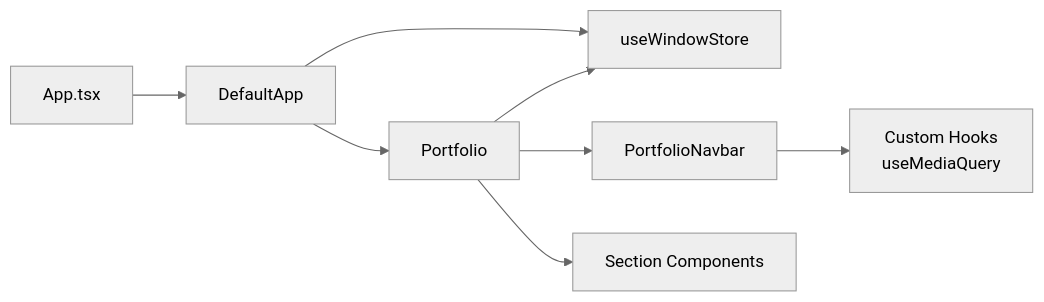
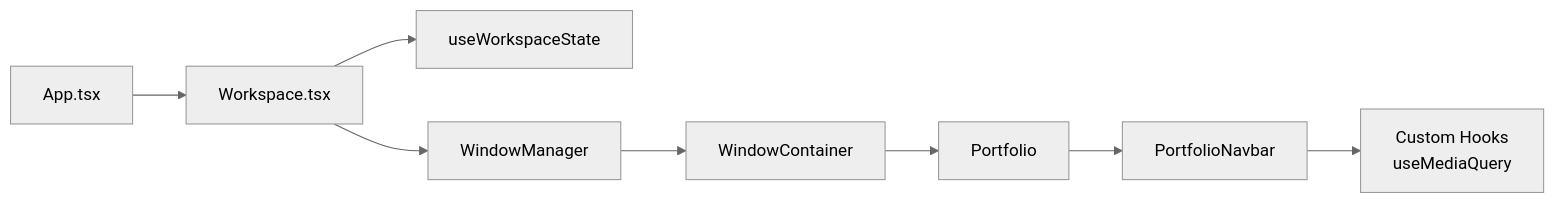
One commit to NatsuDrag9/portfolio-os changed the fourth of 9 diagrams in docs/COMPONENT_RELATIONSHIPS.md. Above: the diagram before and after it, drawn with Mermaid (neutral theme). The commit also changed other lines of this file and 7 other files, not shown here.

Commit message:
docs(app): correct architecture doc and add more docs

````diff
--- a/docs/COMPONENT_RELATIONSHIPS.md
+++ b/docs/COMPONENT_RELATIONSHIPS.md
@@ -111,17 +113,18 @@
 ```mermaid
 graph LR
     A["App.tsx"]
-    B["DefaultApp"]
-    C["useWindowStore"]
-    D["Portfolio"]
-    E["PortfolioNavbar"]
-    F["Section Components"]
+    B["Workspace.tsx"]
+    C["useWorkspaceState"]
+    D["WindowManager"]
+    E["WindowContainer"]
+    F["Portfolio"]
+    G["PortfolioNavbar"]
 
     A --> B
     B --> C
     B --> D
     D --> E
-    D --> F
-    E --> E1["Custom Hooks<br/>useMediaQuery"]
-    D --> C
+    E --> F
+    F --> G
+    G --> H["Custom Hooks<br/>useMediaQuery"]
 ```
````
